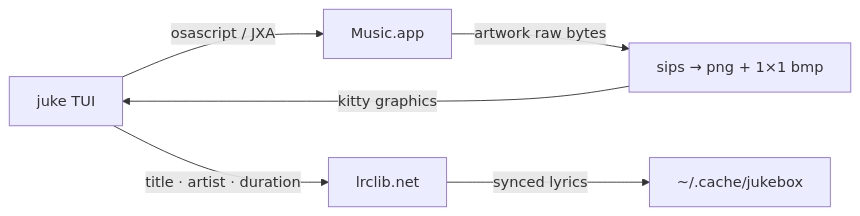
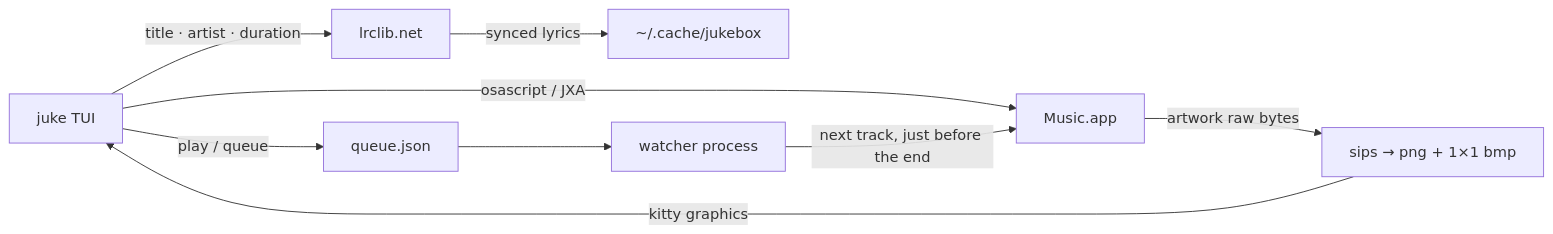
The diagram in README.md (nitrimandylis/jukebox), drawn with Mermaid before and after one commit. The commit also changed other lines of this file and 1 other file, not shown here.

Commit message:
document file queue and watcher in readme and man page

````diff
--- a/README.md
+++ b/README.md
@@ -62,8 +62,11 @@
 ```mermaid
 flowchart LR
     A[juke TUI] -->|osascript / JXA| B[Music.app]
     B -->|artwork raw bytes| C[sips → png + 1×1 bmp]
     C -->|kitty graphics| A
     A -->|title · artist · duration| D[lrclib.net]
     D -->|synced lyrics| E[~/.cache/jukebox]
+    A -->|play / queue| F[queue.json]
+    F --> G[watcher process]
+    G -->|next track, just before the end| B
 ```
````
